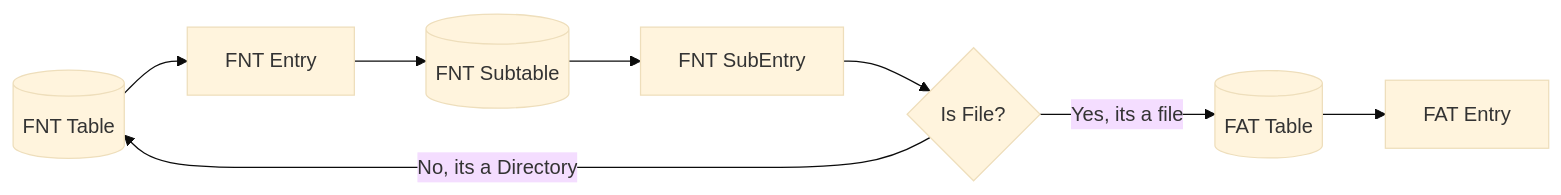
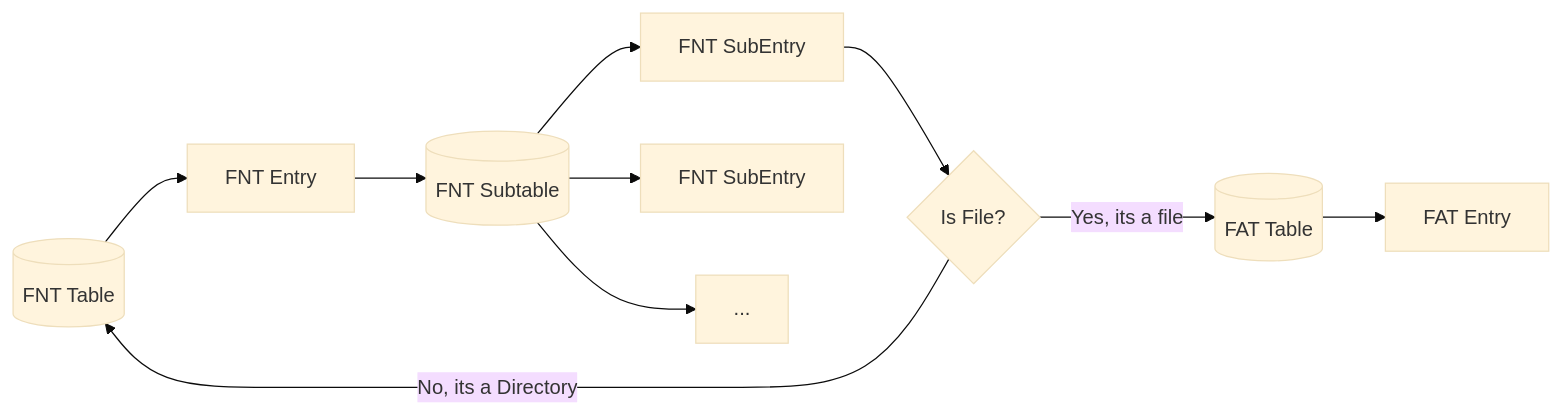
The fourth of 4 diagrams in README.md (Ukalus/Golden-Dawn-Sun-Editor), drawn with Mermaid (base theme) before and after one commit.

````diff
--- a/README.md
+++ b/README.md
@@ -139,19 +139,26 @@
 ```mermaid
 flowchart LR
     A[(FNT Table)]
     B[(FAT Table)]
     C[(FNT Subtable)]
 
     d[FNT Entry]
     e[FNT SubEntry]
+    e2[FNT SubEntry]
+    e3[...]
     f[FAT Entry]
 
     D{Is File?}
 
-    A --> d --> C
-    C --> e --> D
+    A --> d 
+    d --> C
+    C --> e3
+    C --> e2
+    C --> e
+    
+    e --> D
 
     D -->|No, its a Directory| A
     D -->|Yes, its a file| B --> f
 
 ```
````
